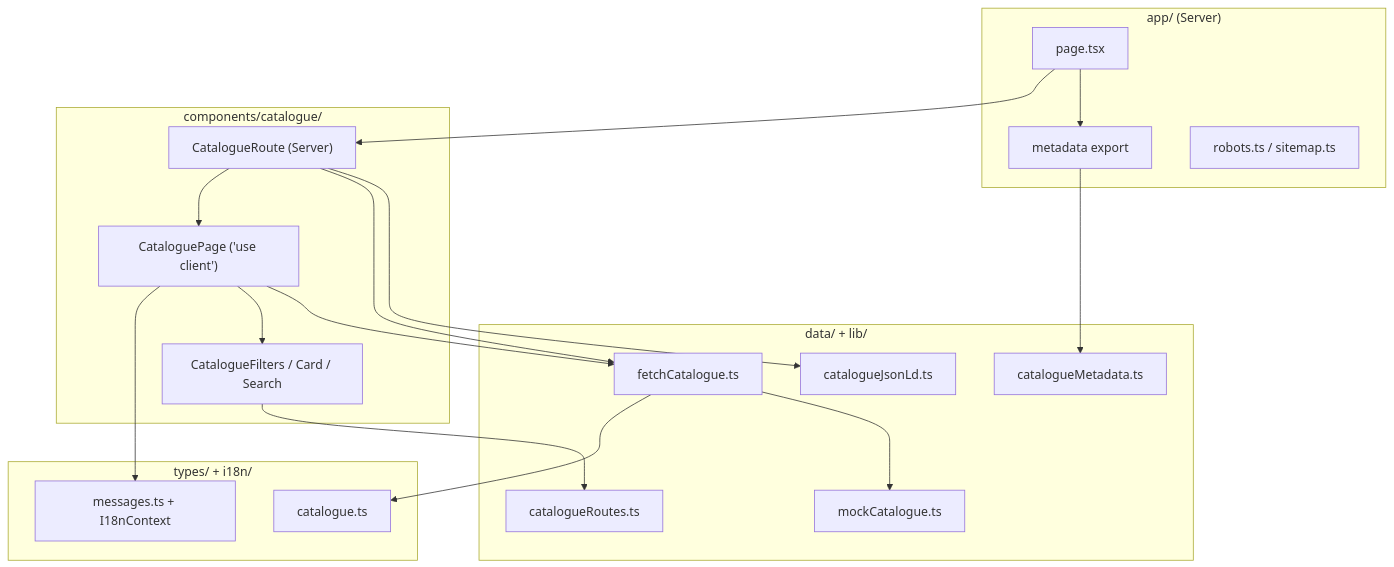
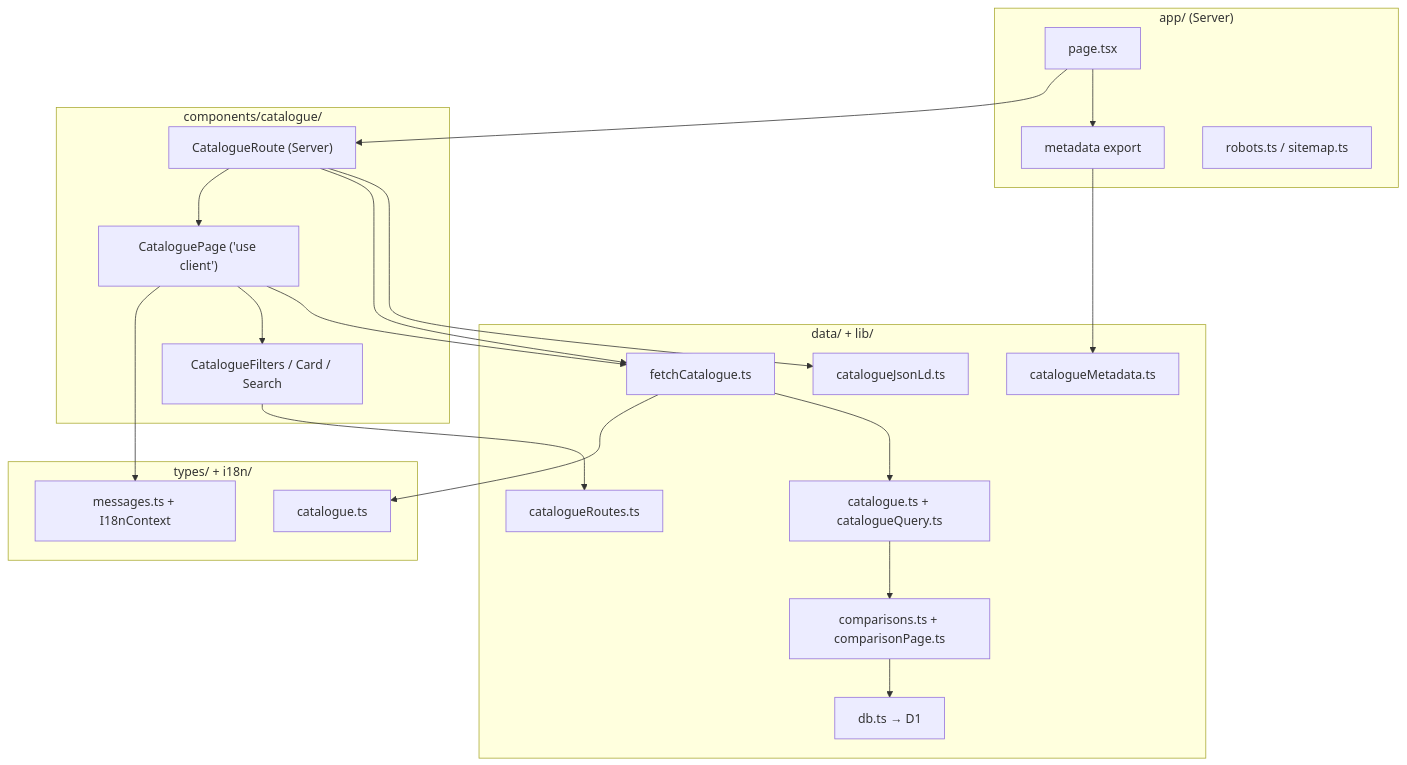
Before and after one commit to DamirAkzhigitov/Playground: the diagram in apps/compare-next/ARCHITECTURE.md, drawn with Mermaid. The commit also changed other lines of this file and 5 other files, not shown here.

````diff
--- a/apps/compare-next/ARCHITECTURE.md
+++ b/apps/compare-next/ARCHITECTURE.md
@@ -75,40 +87,44 @@
 ```mermaid
 flowchart TB
   subgraph app ["app/ (Server)"]
     Page["page.tsx"]
     Meta["metadata export"]
     SEO["robots.ts / sitemap.ts"]
   end
 
   subgraph route ["components/catalogue/"]
     CR["CatalogueRoute (Server)"]
     CP["CataloguePage ('use client')"]
     CF["CatalogueFilters / Card / Search"]
   end
 
   subgraph data ["data/ + lib/"]
     Fetch["fetchCatalogue.ts"]
-    Mock["mockCatalogue.ts"]
+    Catalogue["catalogue.ts + catalogueQuery.ts"]
+    Comparisons["comparisons.ts + comparisonPage.ts"]
+    Db["db.ts → D1"]
     Routes["catalogueRoutes.ts"]
     MetaLib["catalogueMetadata.ts"]
     JsonLd["catalogueJsonLd.ts"]
   end
 
   subgraph types ["types/ + i18n/"]
     Types["catalogue.ts"]
     I18n["messages.ts + I18nContext"]
   end
 
   Page --> Meta
   Meta --> MetaLib
   Page --> CR
   CR --> JsonLd
   CR --> Fetch
   CR --> CP
   CP --> Fetch
   CP --> CF
   CF --> Routes
   CP --> I18n
-  Fetch --> Mock
+  Fetch --> Catalogue
+  Catalogue --> Comparisons
+  Comparisons --> Db
   Fetch --> Types
 ```
````
